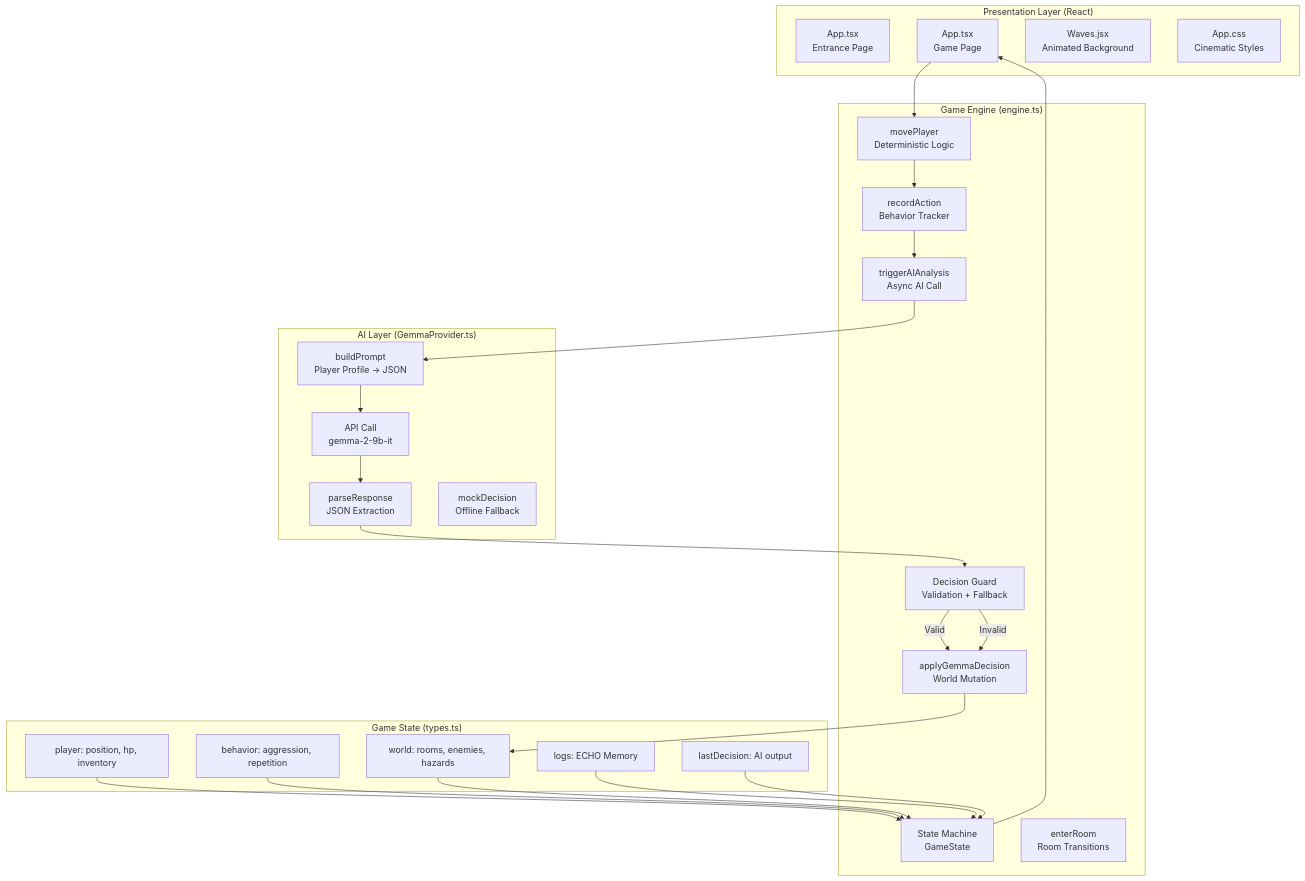
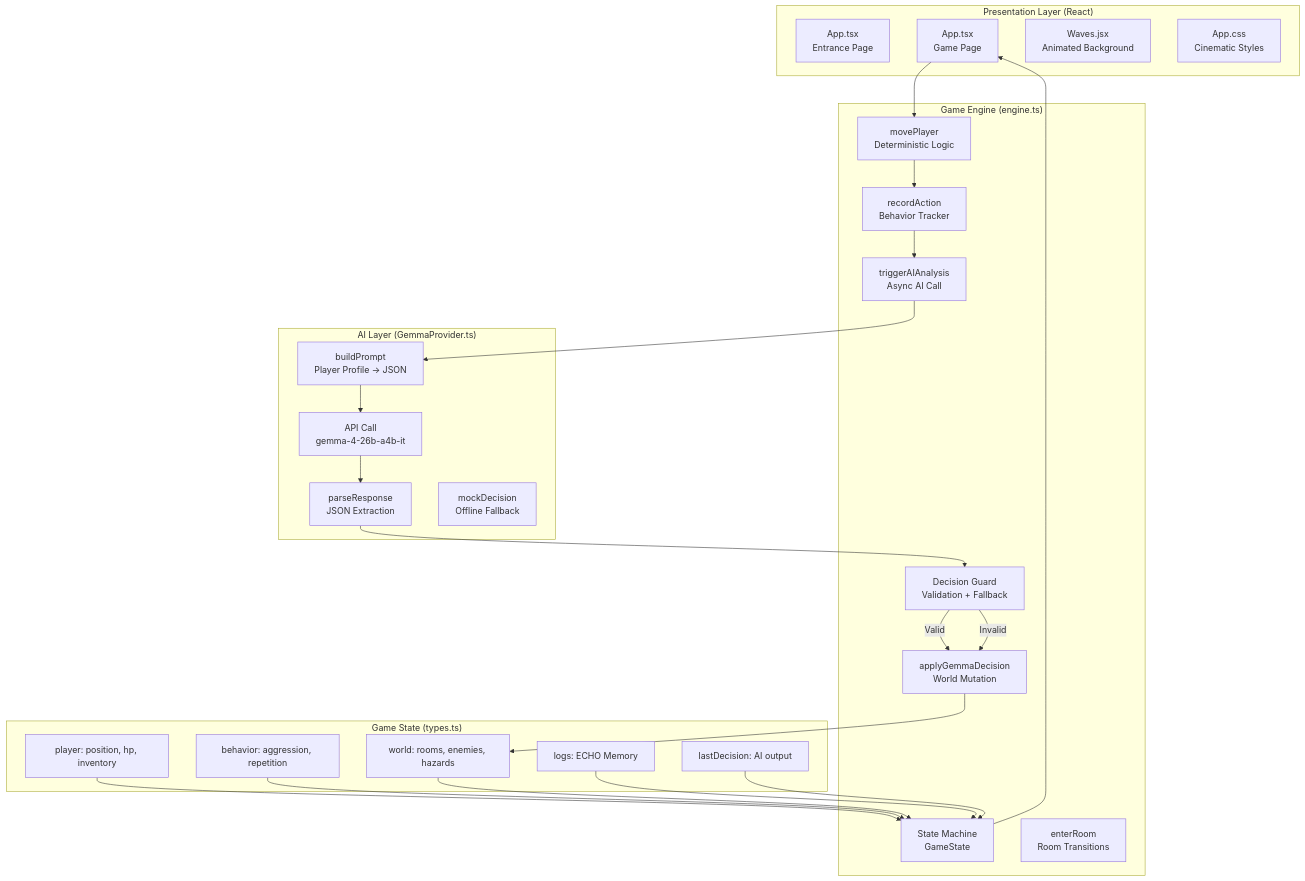
The third of 3 diagrams in README.md (gary-production-ft/hactober2026), drawn with Mermaid before and after one commit. The commit also changed other lines of this file and 3 other files, not shown here.

````diff
--- a/README.md
+++ b/README.md
@@ -122,47 +122,47 @@
 ```mermaid
 graph TB
     subgraph UI ["Presentation Layer (React)"]
         A1[App.tsx\nEntrance Page]
         A2[App.tsx\nGame Page]
         A3[Waves.jsx\nAnimated Background]
         A4[App.css\nCinematic Styles]
     end
 
     subgraph Engine ["Game Engine (engine.ts)"]
         B1[State Machine\nGameState]
         B2[movePlayer\nDeterministic Logic]
         B3[enterRoom\nRoom Transitions]
         B4[recordAction\nBehavior Tracker]
         B5[triggerAIAnalysis\nAsync AI Call]
         B6[applyGemmaDecision\nWorld Mutation]
         B7[Decision Guard\nValidation + Fallback]
     end
 
     subgraph AI ["AI Layer (GemmaProvider.ts)"]
         C1[buildPrompt\nPlayer Profile → JSON]
-        C2[API Call\ngemma-2-9b-it]
+        C2[API Call\ngemma-4-26b-a4b-it]
         C3[parseResponse\nJSON Extraction]
         C4[mockDecision\nOffline Fallback]
     end
 
     subgraph State ["Game State (types.ts)"]
         D1[player: position, hp, inventory]
         D2[behavior: aggression, repetition]
         D3[world: rooms, enemies, hazards]
         D4[logs: ECHO Memory]
         D5[lastDecision: AI output]
     end
 
     A2 --> B2
     B2 --> B4
     B4 --> B5
     B5 --> C1
     C1 --> C2
     C2 --> C3
     C3 --> B7
     B7 -->|Valid| B6
     B7 -->|Invalid| B6
     B6 --> D3
     B1 --> A2
     D1 & D2 & D3 & D4 & D5 --> B1
 ```
````
